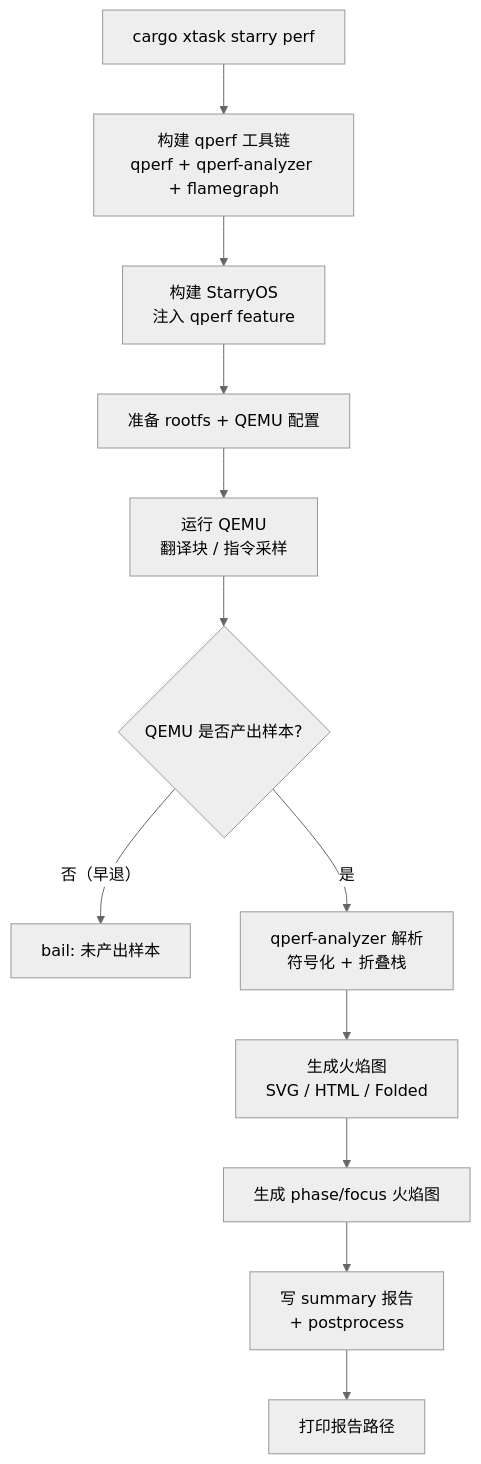
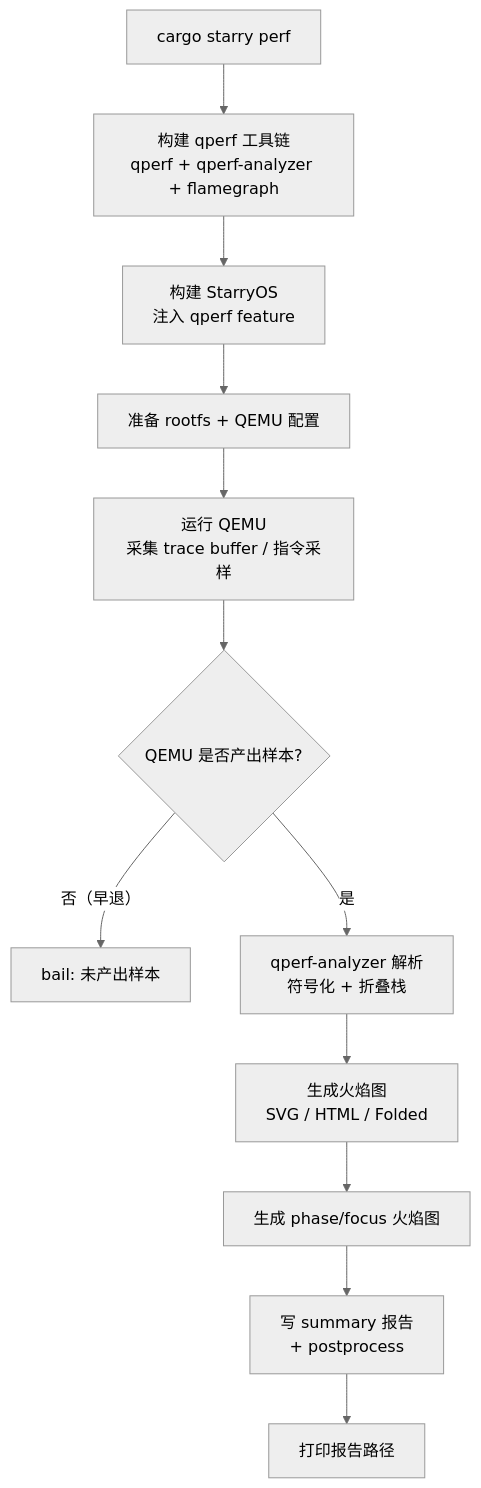
One commit to Dirinkbottle/tgoskits changed the diagram in docs/docs/build/starry/perf.md. Above: the diagram before and after it, drawn with Mermaid (neutral theme). The commit also changed other lines of this file and 3840 other files, not shown here.

````diff
--- a/docs/docs/build/starry/perf.md
+++ b/docs/docs/build/starry/perf.md
@@ -27,14 +17,14 @@
 ```mermaid
 flowchart TD
-    A["cargo xtask starry perf"] --> B["构建 qperf 工具链<br/>qperf + qperf-analyzer + flamegraph"]
+    A["cargo starry perf"] --> B["构建 qperf 工具链<br/>qperf + qperf-analyzer + flamegraph"]
     B --> C["构建 StarryOS<br/>注入 qperf feature"]
     C --> D["准备 rootfs + QEMU 配置"]
-    D --> E["运行 QEMU<br/>翻译块 / 指令采样"]
+    D --> E["运行 QEMU<br/>采集 trace buffer / 指令采样"]
     E --> F{"QEMU 是否产出样本?"}
     F -->|"否（早退）"| ERR["bail: 未产出样本"]
     F -->|"是"| G["qperf-analyzer 解析<br/>符号化 + 折叠栈"]
     G --> H["生成火焰图<br/>SVG / HTML / Folded"]
     H --> I["生成 phase/focus 火焰图"]
     I --> J["写 summary 报告<br/>+ postprocess"]
     J --> K["打印报告路径"]
 ```
````
